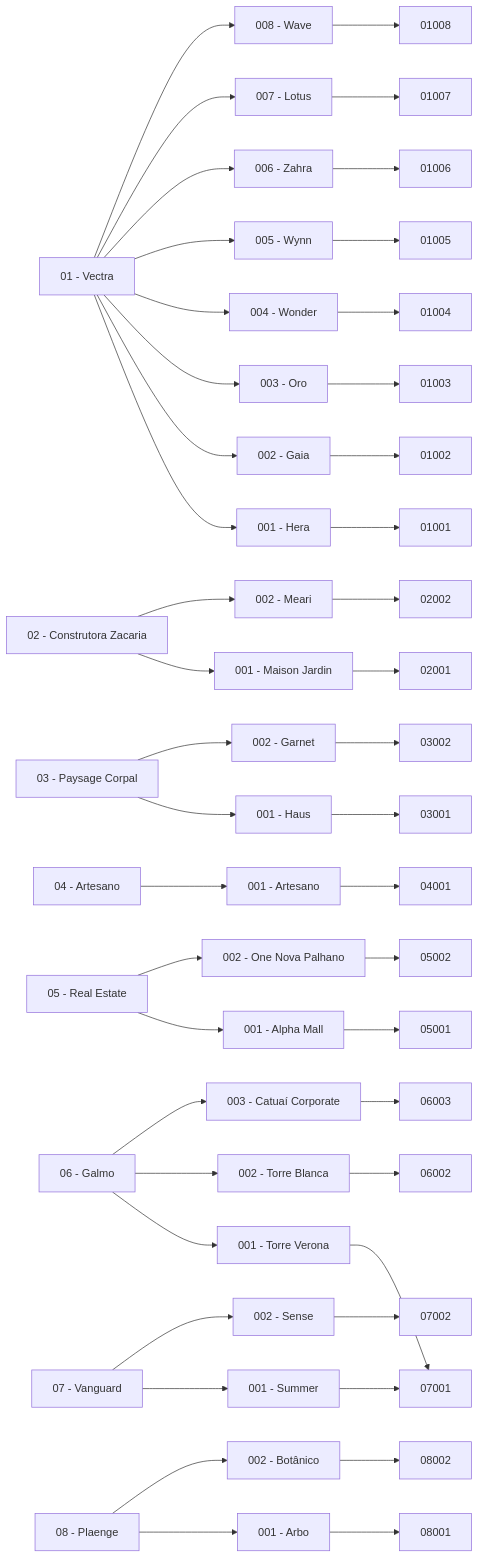
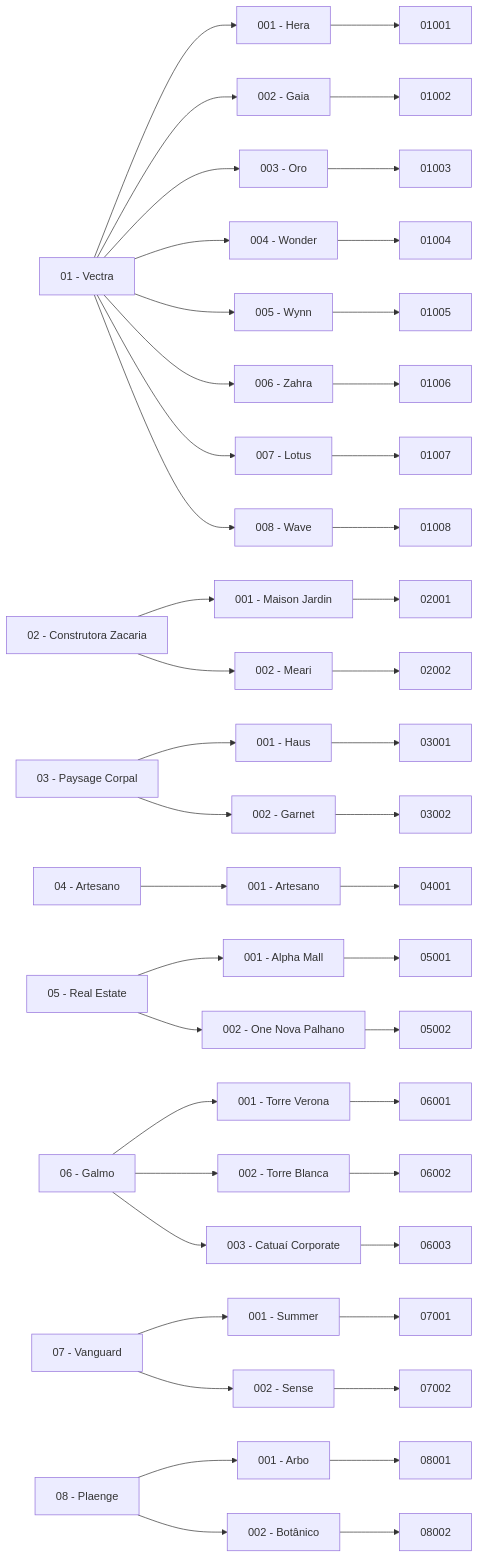
One commit to leadzsoftware/cmsouza changed the third of 3 diagrams in readme.md. Above: the diagram before and after it, drawn with Mermaid.

````diff
--- a/readme.md
+++ b/readme.md
@@ -286,33 +286,33 @@
 ```mermaid
 flowchart LR
     A["01 - Vectra"] --> A1["001 - Hera"] & A2["002 - Gaia"] & A3["003 - Oro"] & A4["004 - Wonder"] & A5["005 - Wynn"] & A6["006 - Zahra"] & A7["007 - Lotus"] & A8["008 - Wave"]
     B["02 - Construtora Zacaria"] --> B1["001 - Maison Jardin"] & B2["002 - Meari"]
     C["03 - Paysage Corpal"] --> C1["001 - Haus"] & C2["002 - Garnet"]
     D["04 - Artesano"] --> D1["001 - Artesano"]
     E["05 - Real Estate"] --> E1["001 - Alpha Mall"] & E2["002 - One Nova Palhano"]
     F["06 - Galmo"] --> F1["001 - Torre Verona"] & F2["002 - Torre Blanca"] & F3["003 - Catuaí Corporate"]
     G["07 - Vanguard"] --> G1["001 - Summer"] & G2["002 - Sense"]
     H["08 - Plaenge"] --> H1["001 - Arbo"] & H2["002 - Botânico"]
     A1 --> nv["01001"]
     A2 --> n0["01002"]
     A3 --> nt["01003"]
     A4 --> nf["01004"]
     A5 --> nh["01005"]
     A6 --> ni["01006"]
     A7 --> nj["01007"]
     A8 --> nm["01008"]
     B1 --> nn["02001"]
     B2 --> nl["02002"]
     C1 --> nk["03001"]
     C2 --> n9["03002"]
     D1 --> nq["04001"]
     E1 --> nr["05001"]
     E2 --> ns["05002"]
     F1 --> nx["06001"]
     F2 --> nu["06002"]
     F3 --> nw["06003"]
-    G1 --> nx["07001"]
+    G1 --> nb["07001"]
     G2 --> ny["07002"]
     H1 --> nz["08001"]
     H2 --> na["08002"]
 ```
````
